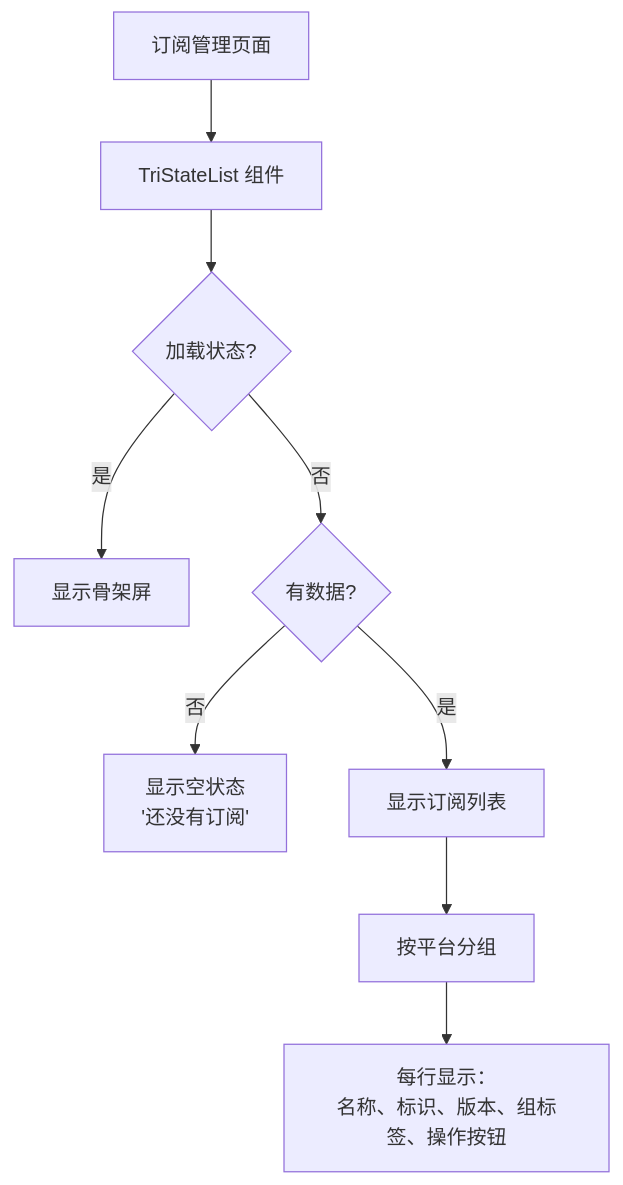
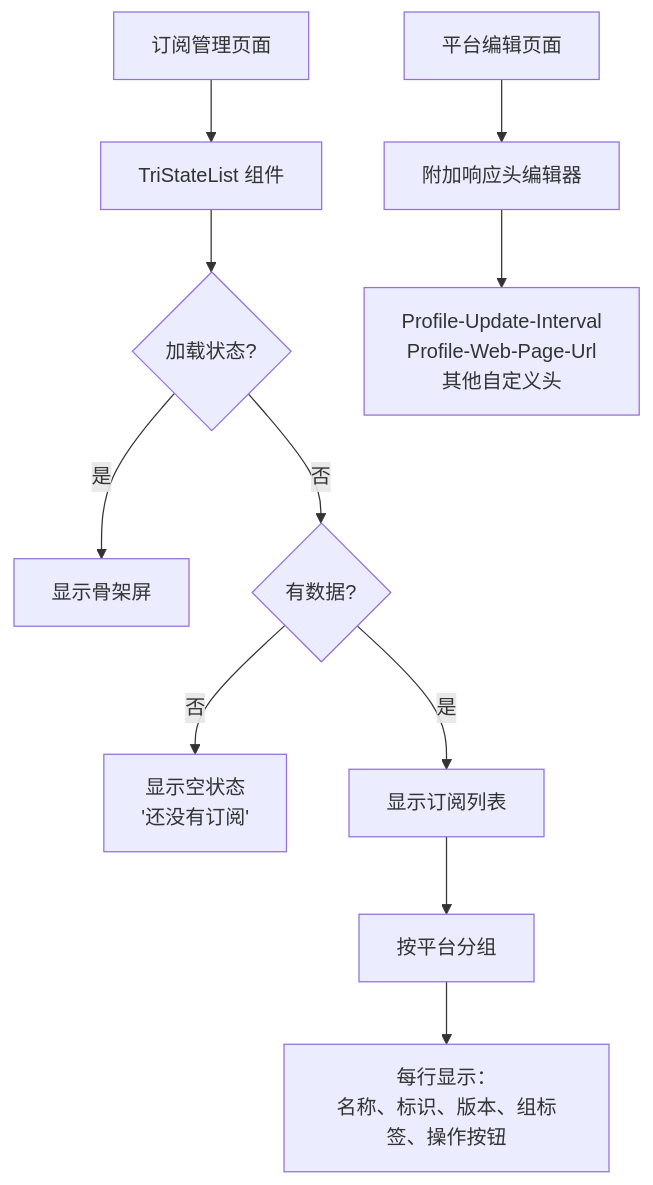
Before and after one commit to AlcaProphet/VPN-Subscription-Management: the tenth of 11 diagrams in .qoder/repowiki/zh/content/核心功能模块/订阅管理系统.md, drawn with Mermaid. The commit also changed other lines of this file and 102 other files, not shown here.

````diff
--- a/.qoder/repowiki/zh/content/核心功能模块/订阅管理系统.md
+++ b/.qoder/repowiki/zh/content/核心功能模块/订阅管理系统.md
@@ -508,11 +532,13 @@
 ```mermaid
 flowchart TD
 A["订阅管理页面"] --> B["TriStateList 组件"]
 B --> C{"加载状态?"}
 C -- 是 --> D["显示骨架屏"]
 C -- 否 --> E{"有数据?"}
 E -- 否 --> F["显示空状态<br/>'还没有订阅'"]
 E -- 是 --> G["显示订阅列表"]
 G --> H["按平台分组"]
 H --> I["每行显示：<br/>名称、标识、版本、组标签、操作按钮"]
+J["平台编辑页面"] --> K["附加响应头编辑器"]
+K --> L["Profile-Update-Interval<br/>Profile-Web-Page-Url<br/>其他自定义头"]
 ```
````
